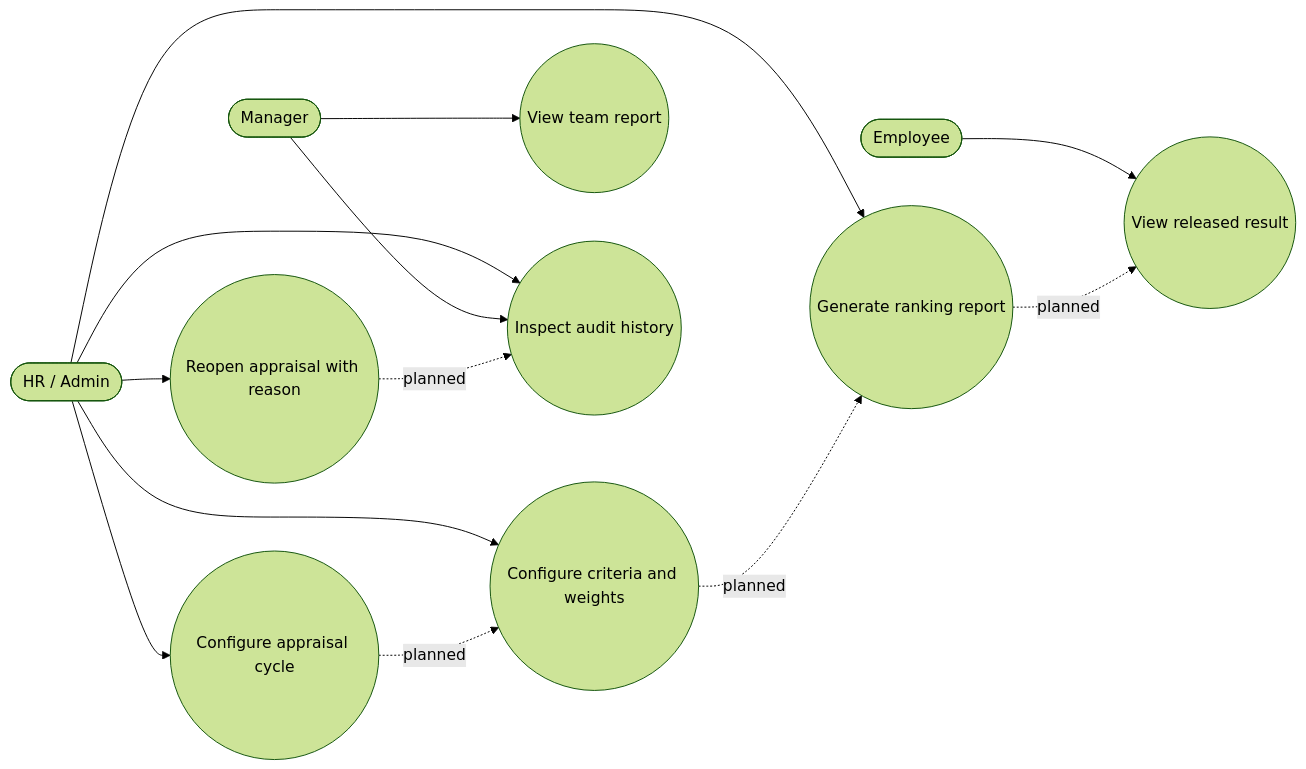
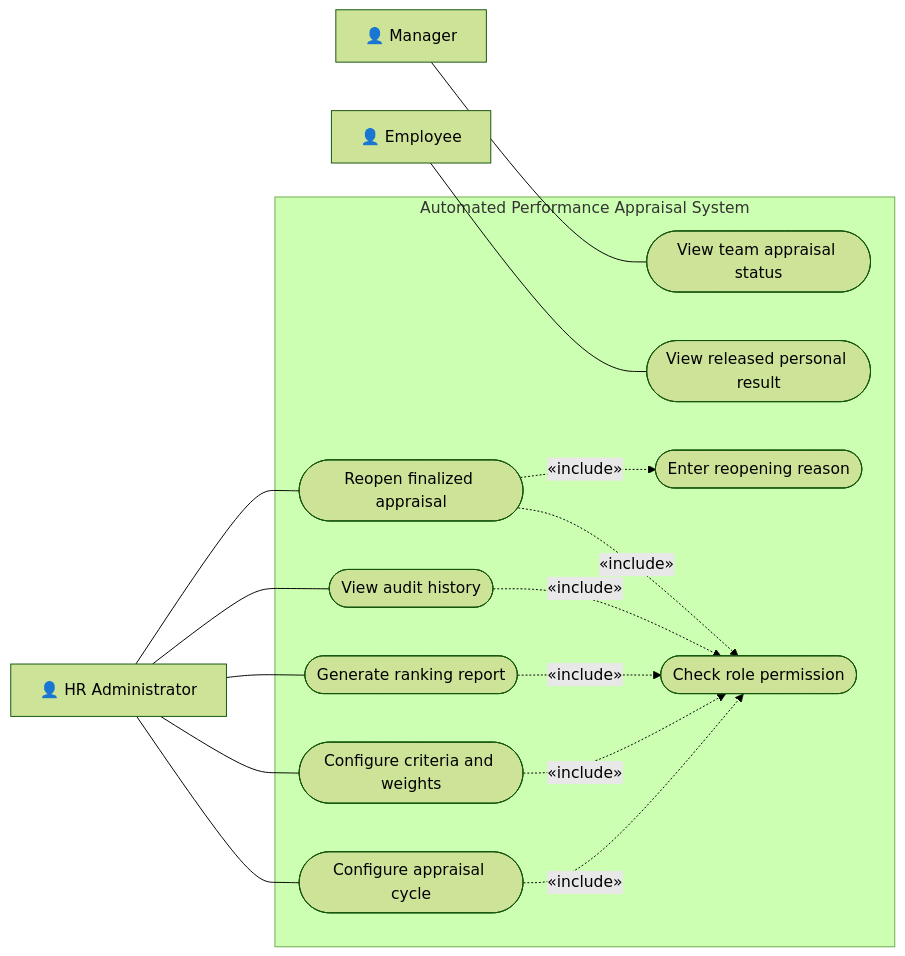
One commit to GSAIHEMANTH279/Automated-performance-appraisal-system changed the diagram in SRS_SAD_TestPlan/diagrams/use-case-reporting-admin.mmd. Above: the diagram before and after it, drawn with Mermaid (forest theme). The commit also changed 15 other files, not shown here.

```diff
--- a/SRS_SAD_TestPlan/diagrams/use-case-reporting-admin.mmd
+++ b/SRS_SAD_TestPlan/diagrams/use-case-reporting-admin.mmd
@@ -1,23 +1,28 @@
 flowchart LR
-  HR([HR / Admin])
-  Manager([Manager])
-  Employee([Employee])
-  Cycle((Configure appraisal cycle))
-  Policy((Configure criteria and weights))
-  TeamReport((View team report))
-  Ranking((Generate ranking report))
-  Audit((Inspect audit history))
-  Reopen((Reopen appraisal with reason))
-  Results((View released result))
-  HR --> Cycle
-  HR --> Policy
-  HR --> Ranking
-  HR --> Audit
-  HR --> Reopen
-  Manager --> TeamReport
-  Manager --> Audit
-  Employee --> Results
-  Cycle -. planned .-> Policy
-  Policy -. planned .-> Ranking
-  Reopen -. planned .-> Audit
-  Ranking -. planned .-> Results
+  HR["👤 HR Administrator"]
+  Manager["👤 Manager"]
+  Employee["👤 Employee"]
+  subgraph APAS["Automated Performance Appraisal System"]
+    U1([Configure appraisal cycle])
+    U2([Configure criteria and weights])
+    U3([View team appraisal status])
+    U4([Generate ranking report])
+    U5([View released personal result])
+    U6([View audit history])
+    U7([Reopen finalized appraisal])
+    U8([Enter reopening reason])
+    U9([Check role permission])
+  end
+  HR --- U1
+  HR --- U2
+  HR --- U4
+  HR --- U6
+  HR --- U7
+  Manager --- U3
+  Employee --- U5
+  U1 -. "«include»" .-> U9
+  U2 -. "«include»" .-> U9
+  U4 -. "«include»" .-> U9
+  U6 -. "«include»" .-> U9
+  U7 -. "«include»" .-> U8
+  U7 -. "«include»" .-> U9
```
